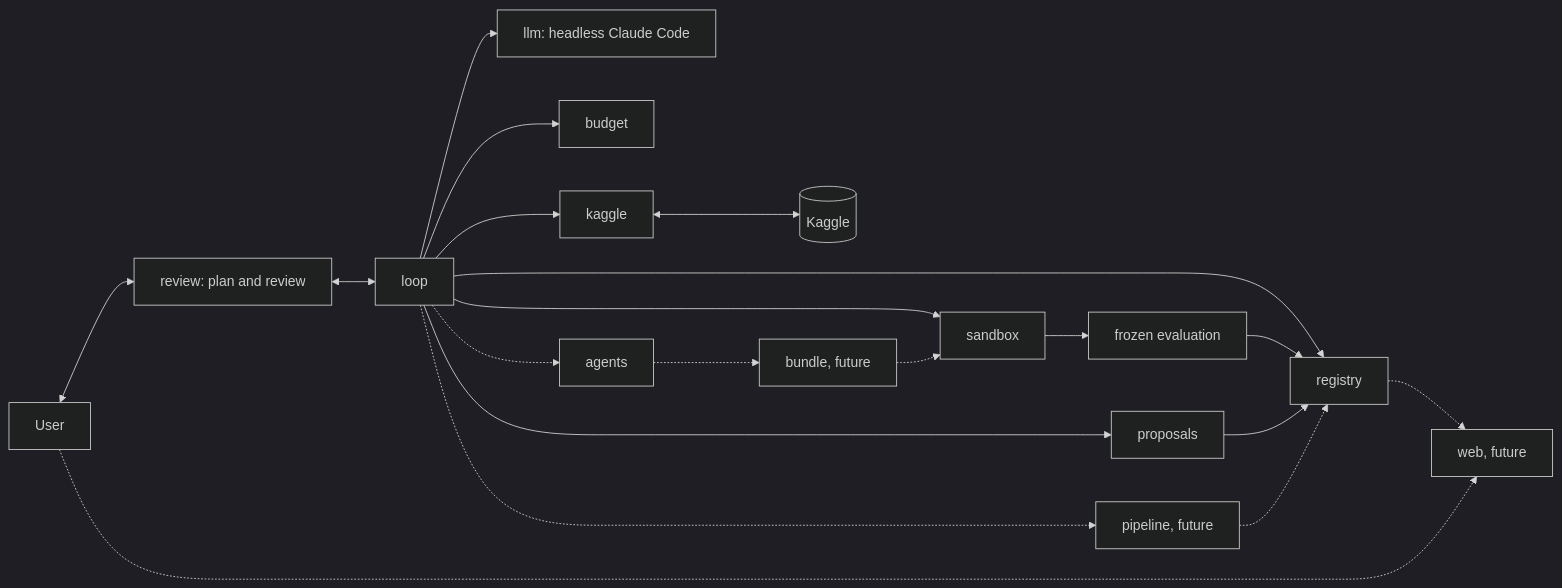
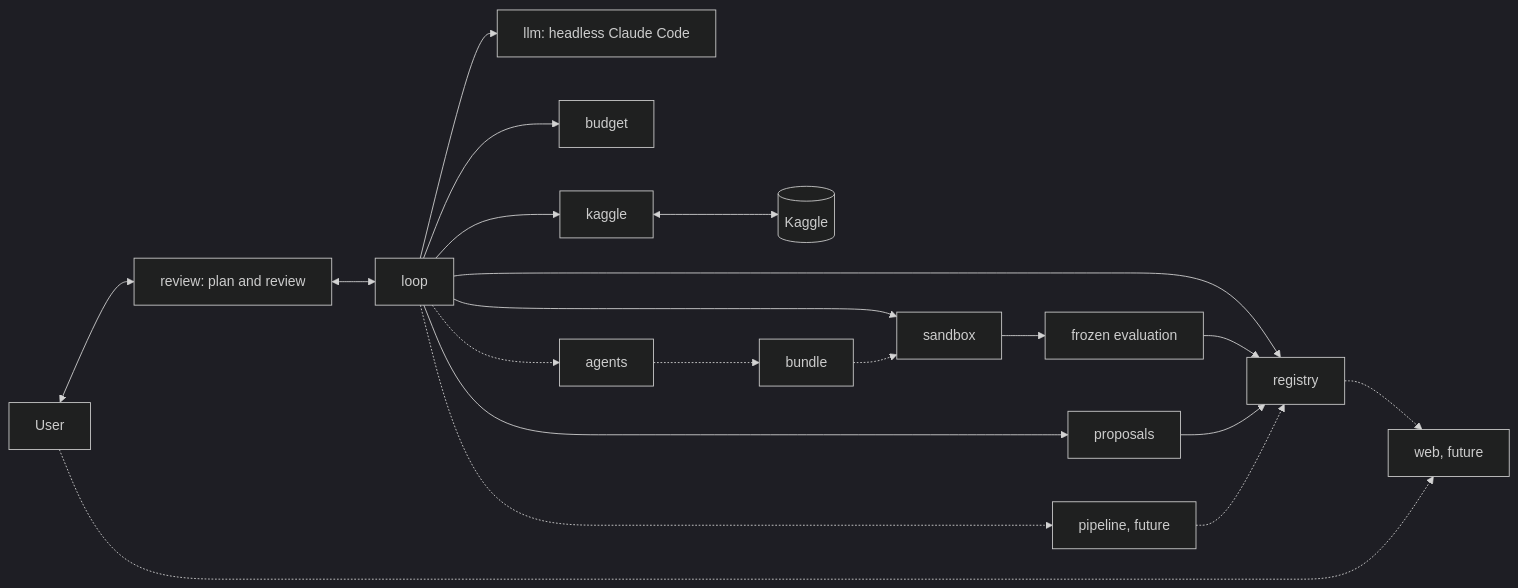
Before and after one commit to a-scaravelli/ds-agent: the diagram in docs/design.md, drawn with Mermaid (dark theme). The commit also changed other lines of this file and 10 other files, not shown here.

````diff
--- a/docs/design.md
+++ b/docs/design.md
@@ -405,22 +405,22 @@
 ```mermaid
 flowchart LR
     H[User] <--> R[review: plan and review]
     R <--> L[loop]
     L --> P[proposals]
     L --> LM[llm: headless Claude Code]
     L --> B[budget]
     L --> S[sandbox]
     S --> E[frozen evaluation]
     L --> G[registry]
     L --> K[kaggle]
     K <--> KG[(Kaggle)]
     E --> G
     P --> G
     L -.-> AG[agents]
-    AG -.-> BU[bundle, future]
+    AG -.-> BU[bundle]
     BU -.-> S
     L -.-> PL[pipeline, future]
     G -.-> W[web, future]
     PL -.-> G
     H -.-> W
 ```
````
